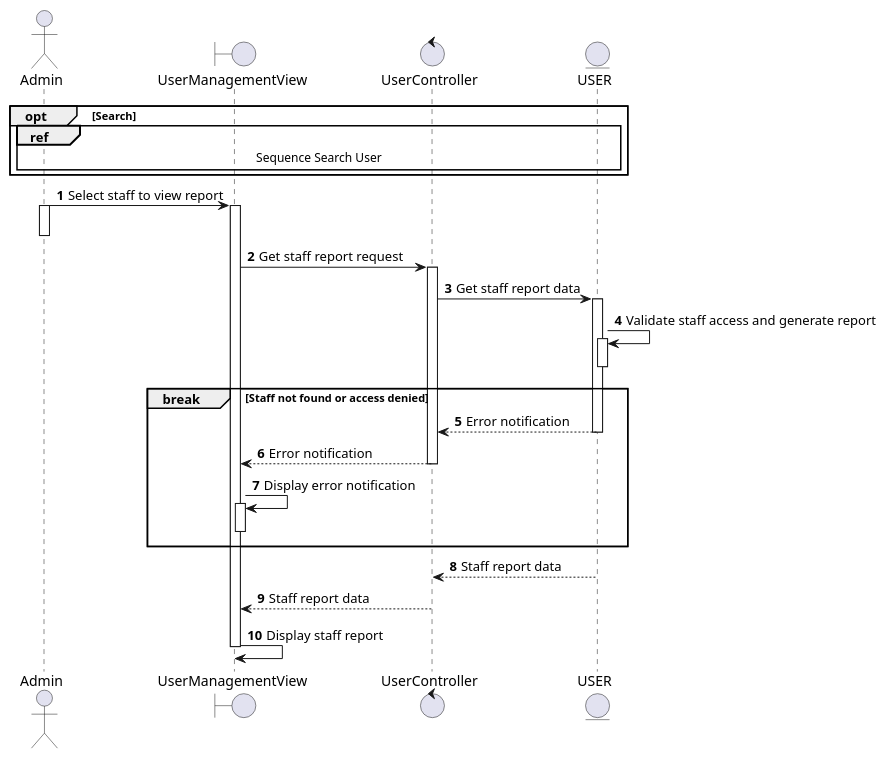
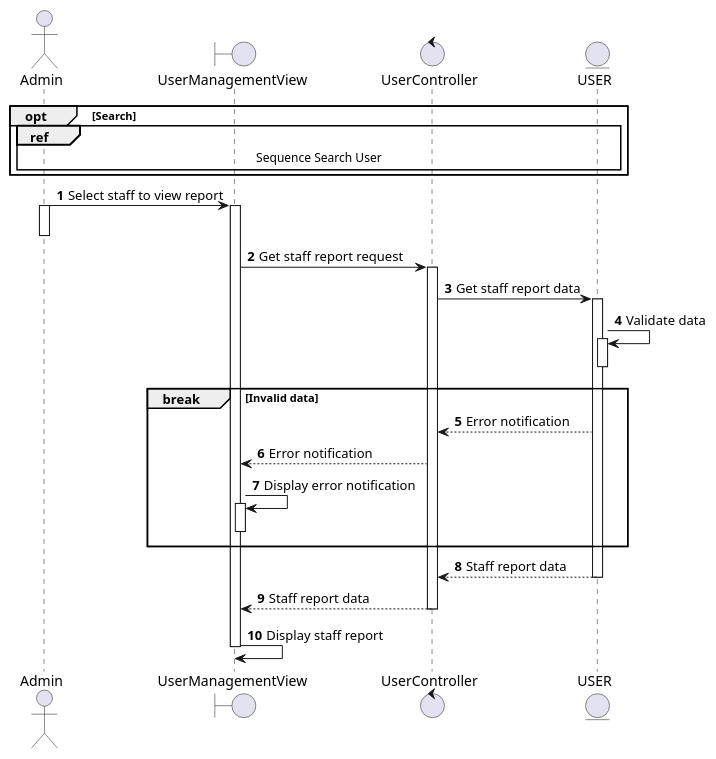
The diagram in docs/docs/sequence/manage-user/view-staff-report.md (electricilies/electricilies.github.io), drawn with PlantUML before and after one commit. The commit also changed 20 other files, not shown here.

````diff
--- a/docs/docs/sequence/manage-user/view-staff-report.md
+++ b/docs/docs/sequence/manage-user/view-staff-report.md
@@ -3,41 +3,39 @@
 ```plantuml
 @startuml
 autonumber
 
 actor Admin as A
 boundary UserManagementView as UMV
 control UserController as UC
 entity USER as U
 
 opt Search
   ref over A, U: Sequence Search User
 end
 A -> UMV: Select staff to view report
 activate A
 activate UMV
 deactivate A
 UMV -> UC: Get staff report request
 activate UC
 UC -> U: Get staff report data
 activate U
-U -> U: Validate staff access and generate report
+U -> U: Validate data
 activate U
 deactivate U
-break Staff not found or access denied
+break Invalid data
   UC <-- U: Error notification
-  deactivate U
   UMV <-- UC: Error notification
-  deactivate UC
   UMV -> UMV: Display error notification
   activate UMV
   deactivate UMV
 end
 UC <-- U: Staff report data
 deactivate U
 UMV <-- UC: Staff report data
 deactivate UC
 UMV -> UMV: Display staff report
 deactivate UMV
 
 @enduml
 ```
````
